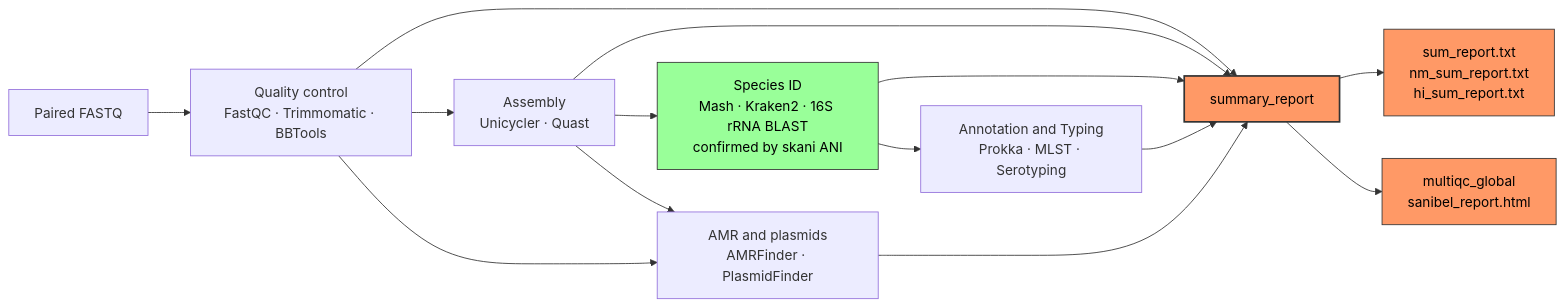
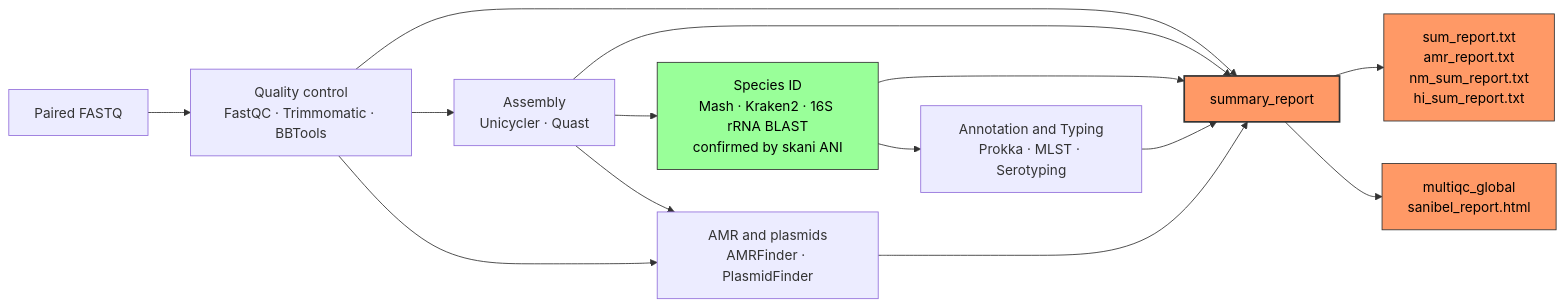
The diagram in README.md (BPHL-Molecular/Sanibel), drawn with Mermaid before and after one commit. The commit also changed other lines of this file and 6 other files, not shown here.

Commit message:
Move AMR to its own report with a carbapenemase target column, add raw FastQC to General Statistics

````diff
--- a/README.md
+++ b/README.md
@@ -118,24 +118,24 @@
 ```mermaid
 flowchart LR
     IN[Paired FASTQ] --> QC["Quality control<br/>FastQC · Trimmomatic · BBTools"]
     QC --> ASM["Assembly<br/>Unicycler · Quast"]
     ASM --> SID["Species ID<br/>Mash · Kraken2 · 16S rRNA BLAST<br/>confirmed by skani ANI"]
     SID --> TYP["Annotation and Typing<br/>Prokka · MLST · Serotyping"]
 
     ASM --> AMR["AMR and plasmids<br/>AMRFinder · PlasmidFinder"]
     QC --> AMR
 
     QC --> REP[summary_report]
     ASM --> REP
     SID --> REP
     TYP --> REP
     AMR --> REP
 
-    REP --> OUT["sum_report.txt<br/>nm_sum_report.txt<br/>hi_sum_report.txt"]
+    REP --> OUT["sum_report.txt<br/>amr_report.txt<br/>nm_sum_report.txt<br/>hi_sum_report.txt"]
     REP --> MQ["multiqc_global<br/>sanibel_report.html"]
 
     style SID fill:#9f9,stroke:#333,color:#000
     style REP fill:#f96,stroke:#333,stroke-width:2px,color:#000
     style OUT fill:#f96,stroke:#333,color:#000
     style MQ fill:#f96,stroke:#333,color:#000
 ```
````
